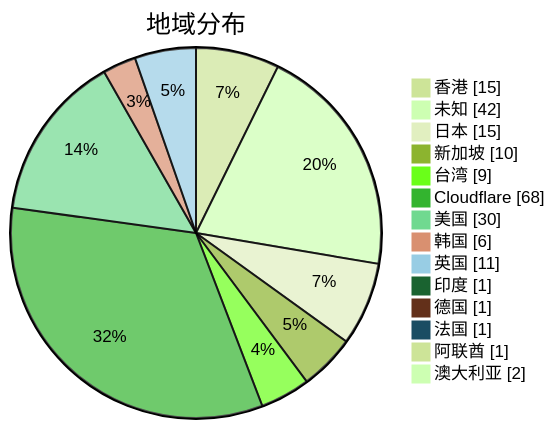
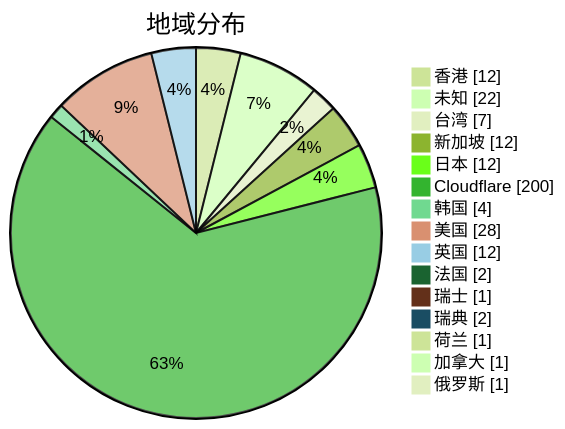
The second of 3 diagrams in subs/statistics/tested_within.md (qjlxg/airport), drawn with Mermaid (forest theme) before and after one commit. The commit also changed other lines of this file and 2 other files, not shown here.

Commit message:
Tested by metaST

````diff
--- a/subs/statistics/tested_within.md
+++ b/subs/statistics/tested_within.md
@@ -13,18 +13,19 @@
 ```mermaid
 pie showData
 title 地域分布
-"香港" : 15
-"未知" : 42
-"日本" : 15
-"新加坡" : 10
-"台湾" : 9
-"Cloudflare" : 68
-"美国" : 30
-"韩国" : 6
-"英国" : 11
-"印度" : 1
-"德国" : 1
-"法国" : 1
-"阿联酋" : 1
-"澳大利亚" : 2
+"香港" : 12
+"未知" : 22
+"台湾" : 7
+"新加坡" : 12
+"日本" : 12
+"Cloudflare" : 200
+"韩国" : 4
+"美国" : 28
+"英国" : 12
+"法国" : 2
+"瑞士" : 1
+"瑞典" : 2
+"荷兰" : 1
+"加拿大" : 1
+"俄罗斯" : 1
 ```
````
